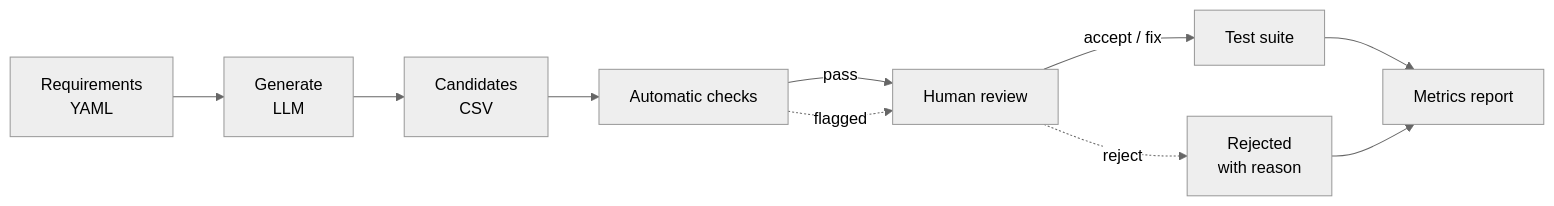
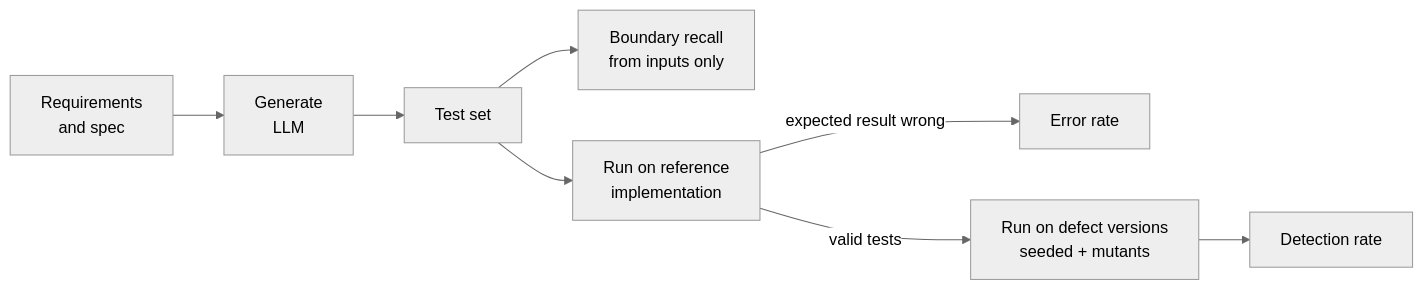
The first of 2 diagrams in README.md (eungyun-im/LLM-Testcase-Review), drawn with Mermaid (neutral theme) before and after one commit. The commit also changed other lines of this file and 40 other files, not shown here.

````diff
--- a/README.md
+++ b/README.md
@@ -35,12 +34,10 @@
 ```mermaid
 flowchart LR
-    R[Requirements<br>YAML] --> G[Generate<br>LLM]
-    G --> C[Candidates<br>CSV]
-    C --> L[Automatic checks]
-    L -- pass --> H[Human review]
-    L -. flagged .-> H
-    H -- accept / fix --> S[Test suite]
-    H -. reject .-> X[Rejected<br>with reason]
-    S --> M[Metrics report]
-    X --> M
+    R[Requirements<br>and spec] --> G[Generate<br>LLM]
+    G --> T[Test set]
+    T --> B[Boundary recall<br>from inputs only]
+    T --> X[Run on reference<br>implementation]
+    X -- expected result wrong --> W[Error rate]
+    X -- valid tests --> D[Run on defect versions<br>seeded + mutants]
+    D --> K[Detection rate]
 ```
````
